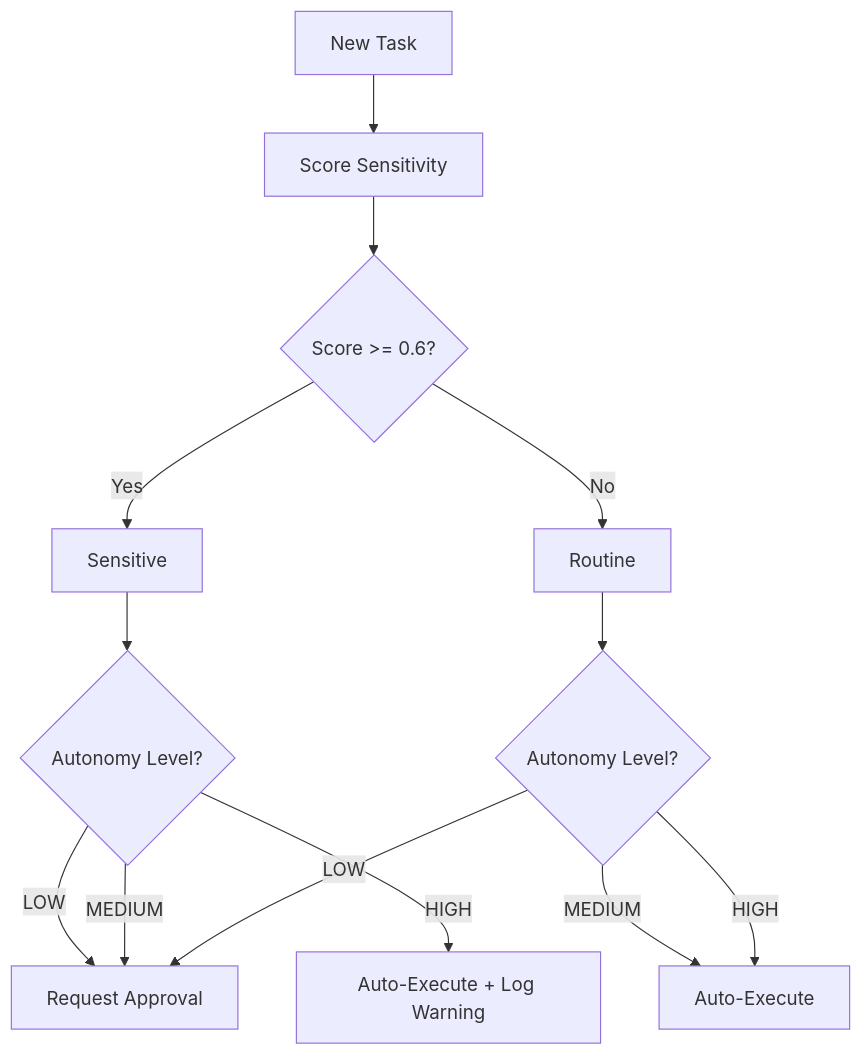
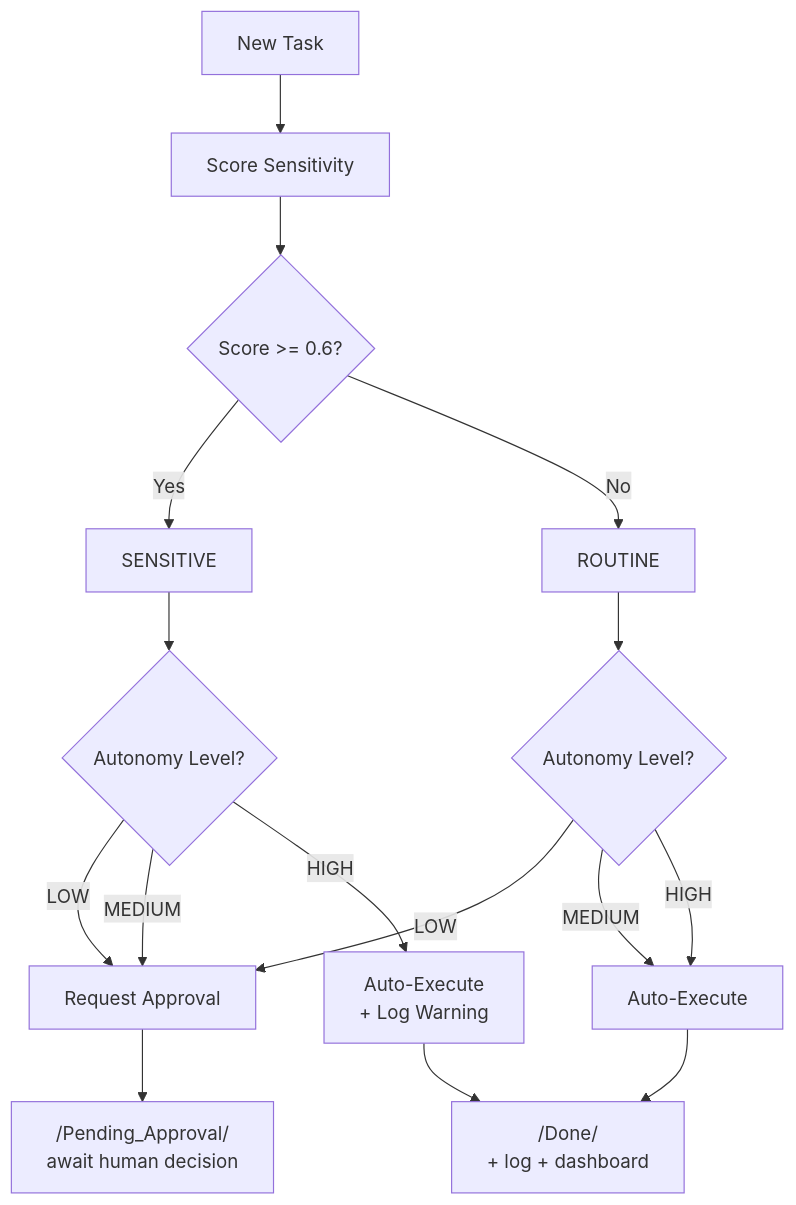
Before and after one commit to Ub207/AI_Employee_Vault: the second of 3 diagrams in Docs/Governance_Model.md, drawn with Mermaid. The commit also changed other lines of this file and 6 other files, not shown here.

````diff
--- a/Docs/Governance_Model.md
+++ b/Docs/Governance_Model.md
@@ -55,17 +57,21 @@
 ```mermaid
 graph TD
     A[New Task] --> B[Score Sensitivity]
-    B --> C{Score >= 0.6?}
-    C -->|Yes| D[Sensitive]
-    C -->|No| E[Routine]
+    B --> C{"Score >= 0.6?"}
+    C -->|Yes| D[SENSITIVE]
+    C -->|No| E[ROUTINE]
 
     D --> F{Autonomy Level?}
     F -->|LOW| G[Request Approval]
     F -->|MEDIUM| G
-    F -->|HIGH| H[Auto-Execute + Log Warning]
+    F -->|HIGH| H["Auto-Execute<br/>+ Log Warning"]
 
     E --> I{Autonomy Level?}
     I -->|LOW| G
     I -->|MEDIUM| J[Auto-Execute]
     I -->|HIGH| J
+
+    G --> K["/Pending_Approval/<br/>await human decision"]
+    J --> L["/Done/<br/>+ log + dashboard"]
+    H --> L
 ```
````
